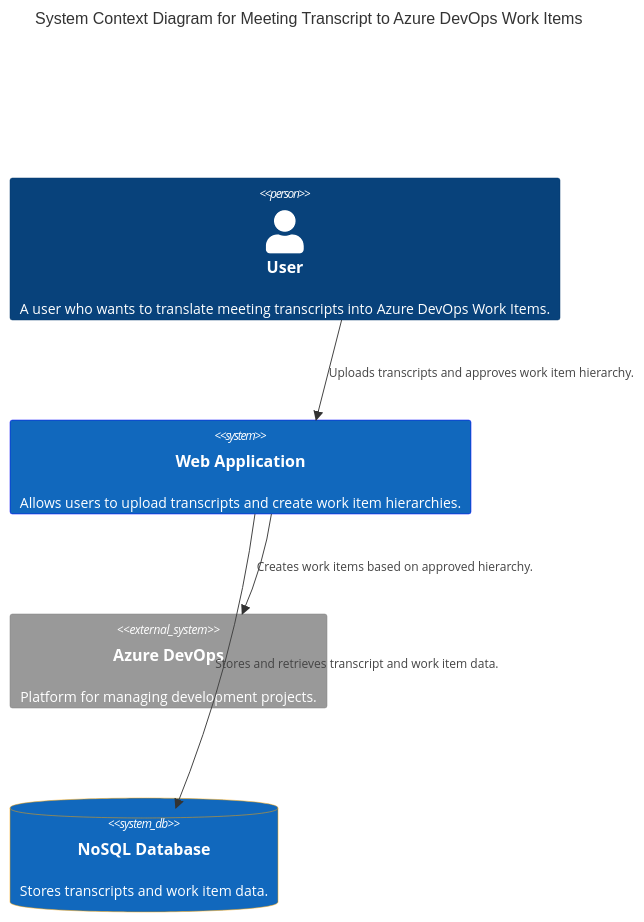
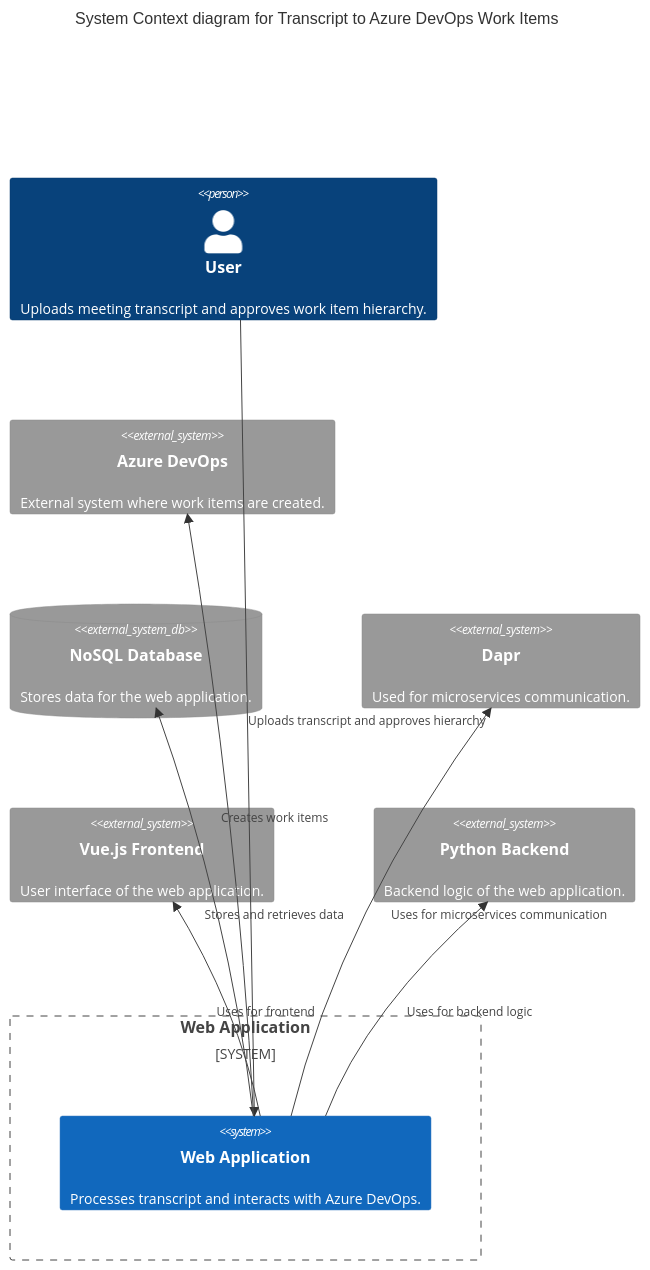
One commit to stiproot/langchain-lab changed the diagram in graphs/codegen/.output/c4-system-context-diagram.md. Above: the diagram before and after it, drawn with Mermaid. The commit also changed other lines of this file and 13 other files, not shown here.

````diff
--- a/graphs/codegen/.output/c4-system-context-diagram.md
+++ b/graphs/codegen/.output/c4-system-context-diagram.md
@@ -1,18 +1,23 @@
 ```mermaid
 C4Context
-    title System Context Diagram for Meeting Transcript to Azure DevOps Work Items
+  title System Context diagram for Transcript to Azure DevOps Work Items
 
-    Person(user, "User", "A user who wants to translate meeting transcripts into Azure DevOps Work Items.")
+  Person(user, "User", "Uploads meeting transcript and approves work item hierarchy.")
 
-    System(webApp, "Web Application", "Allows users to upload transcripts and create work item hierarchies.")
-    System_Ext(azureDevOps, "Azure DevOps", "Platform for managing development projects.")
-    SystemDb(database, "NoSQL Database", "Stores transcripts and work item data.")
+  System_Boundary(webAppBoundary, "Web Application") {
+    System(webApp, "Web Application", "Processes transcript and interacts with Azure DevOps.")
+  }
 
-    Rel(user, webApp, "Uploads transcripts and approves work item hierarchy.")
-    Rel(webApp, azureDevOps, "Creates work items based on approved hierarchy.")
-    Rel(webApp, database, "Stores and retrieves transcript and work item data.")
+  System_Ext(azureDevOps, "Azure DevOps", "External system where work items are created.")
+  SystemDb_Ext(noSqlDb, "NoSQL Database", "Stores data for the web application.")
+  System_Ext(dapr, "Dapr", "Used for microservices communication.")
+  System_Ext(vueJs, "Vue.js Frontend", "User interface of the web application.")
+  System_Ext(pythonBackend, "Python Backend", "Backend logic of the web application.")
 
-    UpdateElementStyle(webApp, $backgroundColor="lightblue", $borderColor="blue")
-    UpdateElementStyle(azureDevOps, $backgroundColor="lightgray", $borderColor="gray")
-    UpdateElementStyle(database, $backgroundColor="lightyellow", $borderColor="orange")
+  Rel(user, webApp, "Uploads transcript and approves hierarchy")
+  Rel(webApp, azureDevOps, "Creates work items")
+  Rel(webApp, noSqlDb, "Stores and retrieves data")
+  Rel(webApp, dapr, "Uses for microservices communication")
+  Rel(webApp, vueJs, "Uses for frontend")
+  Rel(webApp, pythonBackend, "Uses for backend logic")
 ```
````
